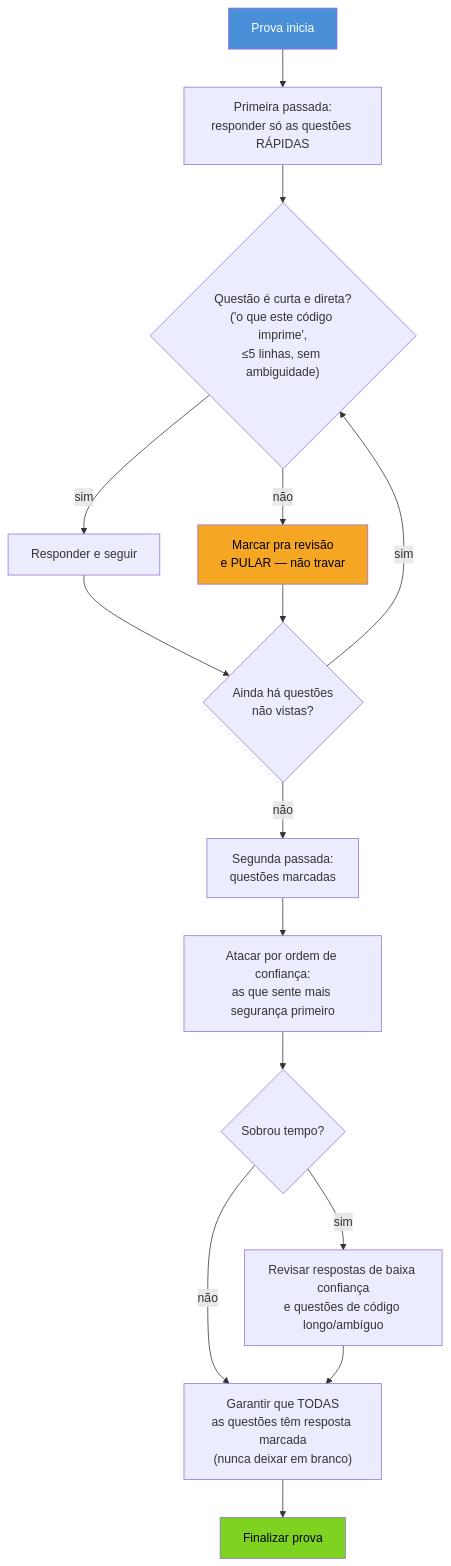
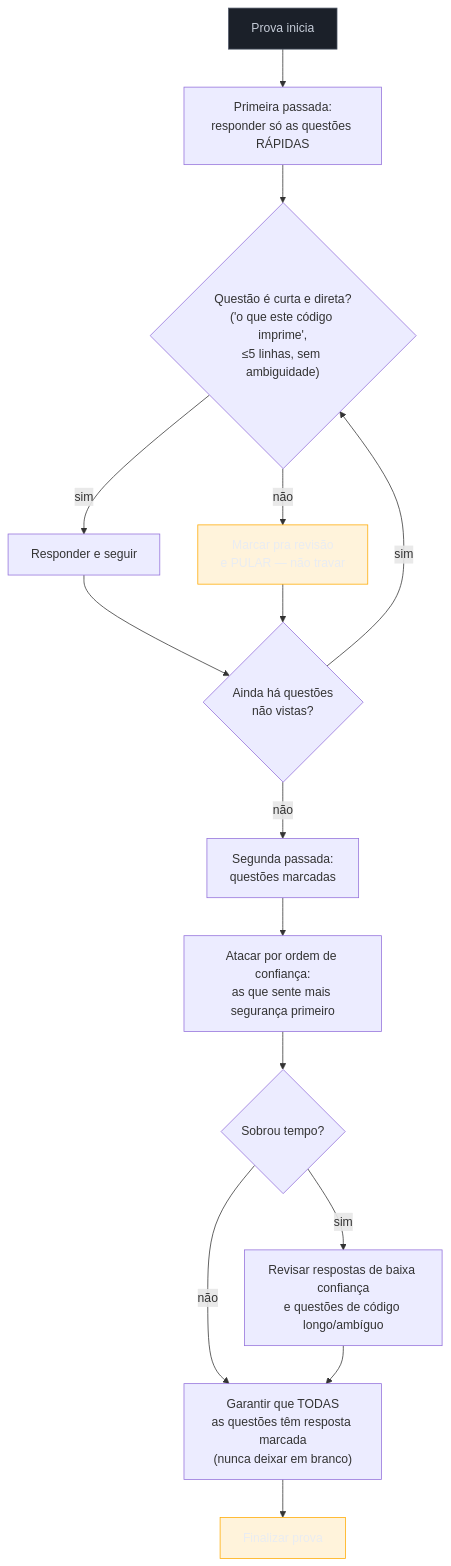
Before and after one commit to josenaldo/codex-technomanticus: the first of 2 diagrams in 03-Dominios/Tecnologia/Python/Certificação (PCEP-PCAP)/07 - Estratégia de prova e plano de estudo.md, drawn with Mermaid. The commit also changed 1181 other files, not shown here.

First line of the commit message:
fix(diagramas): paleta do sistema no lugar de cor cravada no markdown

````diff
--- a/03-Dominios/Tecnologia/Python/Certificação (PCEP-PCAP)/07 - Estratégia de prova e plano de estudo.md
+++ b/03-Dominios/Tecnologia/Python/Certificação (PCEP-PCAP)/07 - Estratégia de prova e plano de estudo.md
@@ -45,21 +45,23 @@
 ```mermaid
 flowchart TD
+    classDef neutro fill:#1B2029,stroke:#4E5666,color:#C6CCD8
+    classDef destaque fill:#FFAA0024,stroke:#FFAA00,color:#E9ECF2
     A["Prova inicia"] --> B["Primeira passada:<br/>responder só as questões RÁPIDAS"]
     B --> C{"Questão é curta e direta?<br/>('o que este código imprime',<br/>≤5 linhas, sem ambiguidade)"}
     C -->|sim| D["Responder e seguir"]
     C -->|não| E["Marcar pra revisão<br/>e PULAR — não travar"]
     D --> F{"Ainda há questões<br/>não vistas?"}
     E --> F
     F -->|sim| C
     F -->|não| G["Segunda passada:<br/>questões marcadas"]
     G --> H["Atacar por ordem de confiança:<br/>as que sente mais segurança primeiro"]
     H --> I{"Sobrou tempo?"}
     I -->|sim| J["Revisar respostas de baixa confiança<br/>e questões de código longo/ambíguo"]
     I -->|não| K["Garantir que TODAS<br/>as questões têm resposta marcada<br/>(nunca deixar em branco)"]
     J --> K
     K --> L["Finalizar prova"]
 
-    style A fill:#4A90D9,color:#fff
-    style L fill:#7ED321,color:#000
-    style E fill:#F5A623,color:#000
+    class A neutro
+    class L destaque
+    class E destaque
 ```
````
